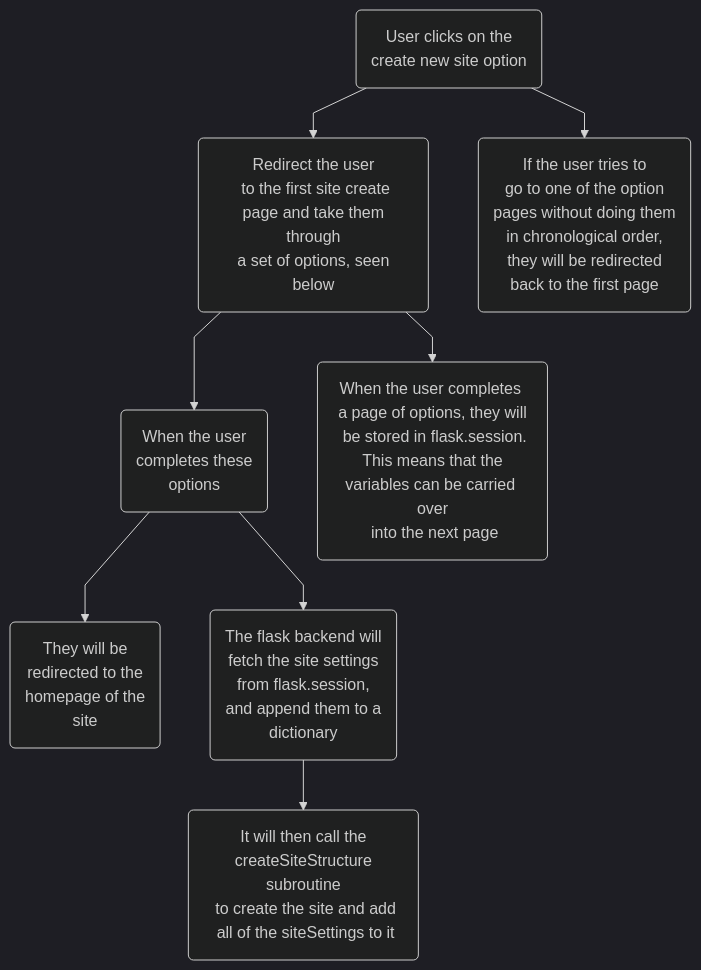
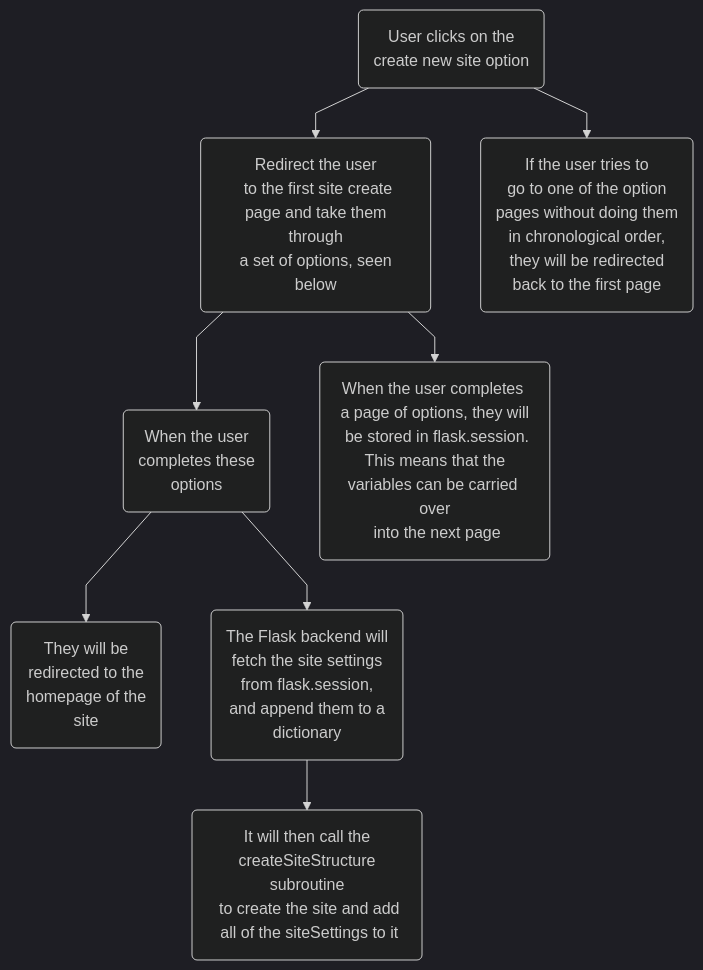
One commit to tomgxz/Kraken changed diagram 15 of 18 in README.md. Above: the diagram before and after it, drawn with Mermaid. The commit also changed other lines of this file, not shown here.

````diff
--- a/README.md
+++ b/README.md
@@ -631,9 +631,9 @@
 ```mermaid
 %%{init: {'theme':'dark', 'flowchart': {'curve': 'linear'},'themeVariables':{'fontFamily':'Lexend,Noto Sans,Helvetica,Arial'}}}%%
 
 graph TD
   A("User clicks on the\n create new site option") --> B("Redirect the user\n to the first site create\n page and take them through\n a set of options, seen below") & F("If the user tries to\n go to one of the option\n pages without doing them\n in chronological order,\n they will be redirected\n back to the first page")
   B --> C("When the user\n completes these\n options") & G("When the user completes \na page of options, they will\n be stored in flask.session.\n This means that the \nvariables can be carried over\n into the next page")
-  C --> D("They will be\n redirected to the \nhomepage of the\n site") & E("The flask backend will\n fetch the site settings\n from flask.session,\n and append them to a\n dictionary")
+  C --> D("They will be\n redirected to the \nhomepage of the\n site") & E("The Flask backend will\n fetch the site settings\n from flask.session,\n and append them to a\n dictionary")
   E --> H("It will then call the\n createSiteStructure subroutine\n to create the site and add\n all of the siteSettings to it")
 ```
````
